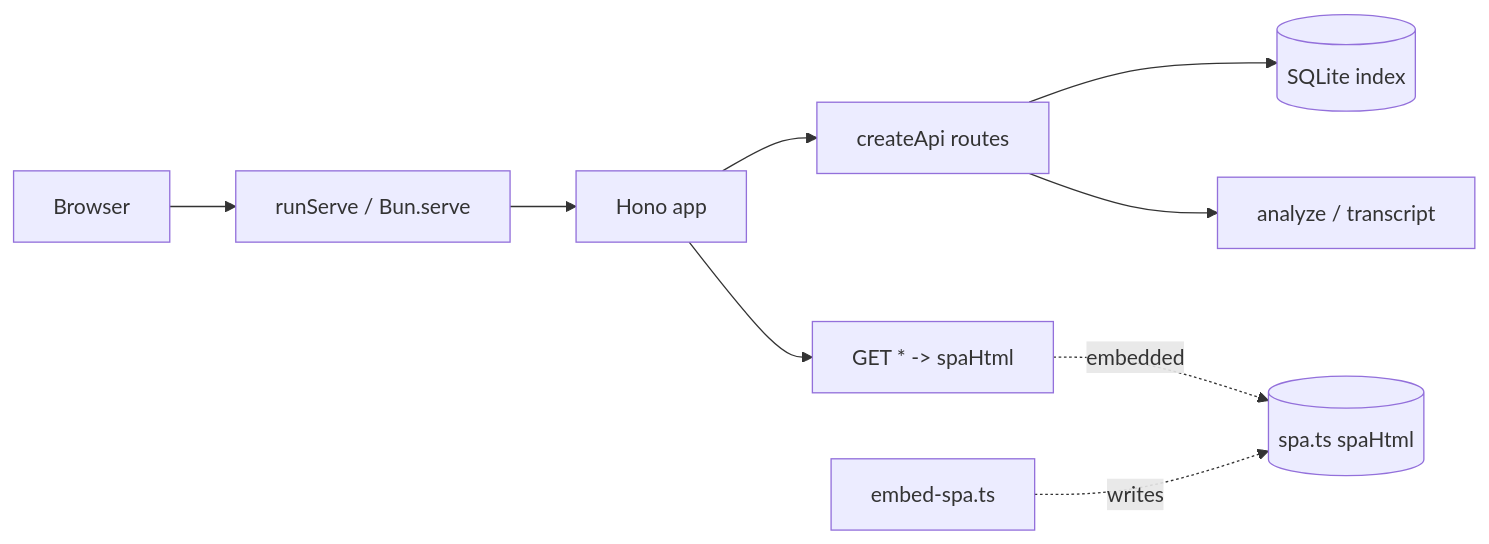
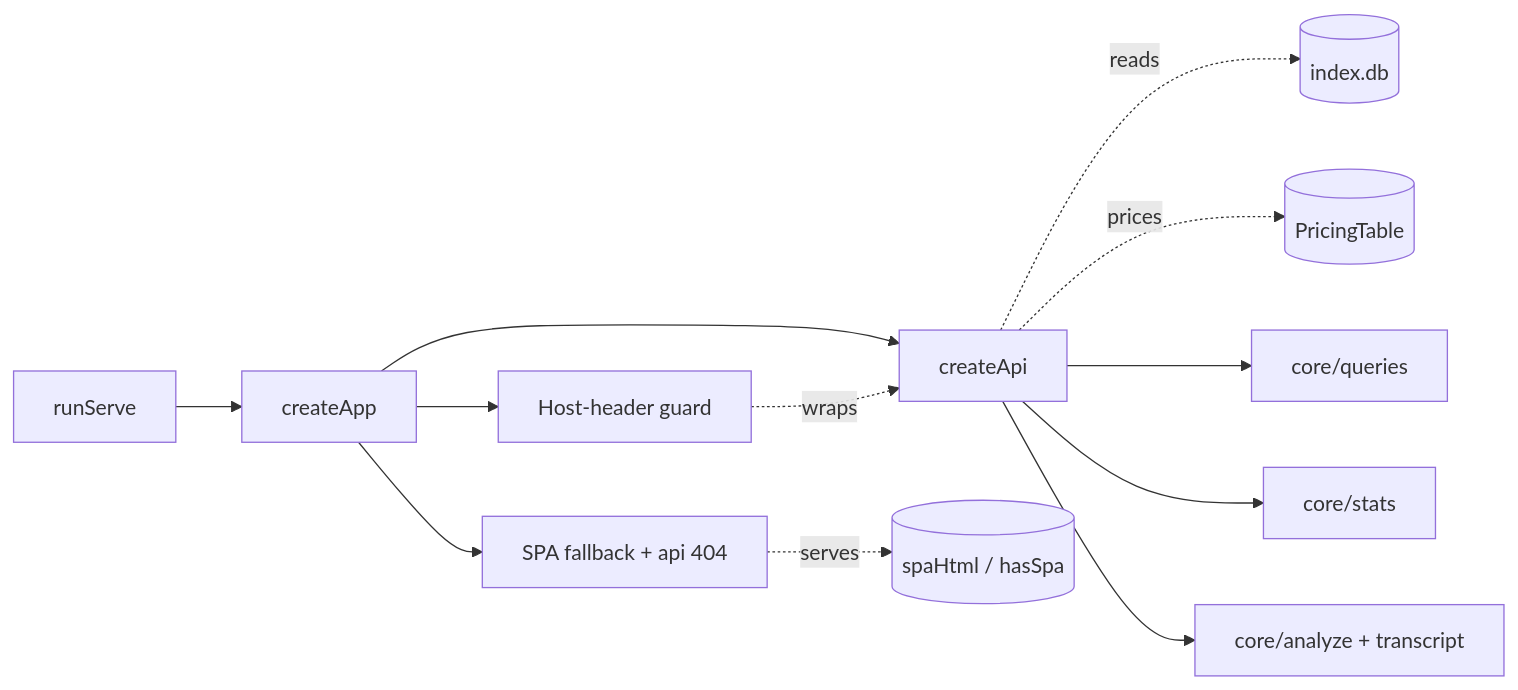
Before and after one commit to yorch/cc-analyzer: the first of 2 diagrams in wiki/5-web-server-and-api.md, drawn with Mermaid. The commit also changed other lines of this file and 19 other files, not shown here.

````diff
--- a/wiki/5-web-server-and-api.md
+++ b/wiki/5-web-server-and-api.md
@@ -20,11 +20,16 @@
 ```mermaid
 flowchart LR
-    Browser[Browser] --> Serve[runServe / Bun.serve]
-    Serve --> App[Hono app]
-    App --> Api[createApi routes]
-    App --> Static[GET * -> spaHtml]
-    Api --> Queries[(SQLite index)]
-    Api --> Core[analyze / transcript]
-    Static -.embedded.-> Spa[(spa.ts spaHtml)]
-    Embed[embed-spa.ts] -.writes.-> Spa
+    runServe[runServe] --> createApp
+    createApp --> HostGuard[Host-header guard]
+    createApp --> createApi
+    createApp --> Fallback[SPA fallback + api 404]
+
+    HostGuard -.wraps.-> createApi
+    createApi -.reads.-> DB[(index.db)]
+    createApi -.prices.-> Pricing[(PricingTable)]
+    Fallback -.serves.-> SPA[(spaHtml / hasSpa)]
+
+    createApi --> Queries[core/queries]
+    createApi --> Stats[core/stats]
+    createApi --> Analyze[core/analyze + transcript]
 ```
````
